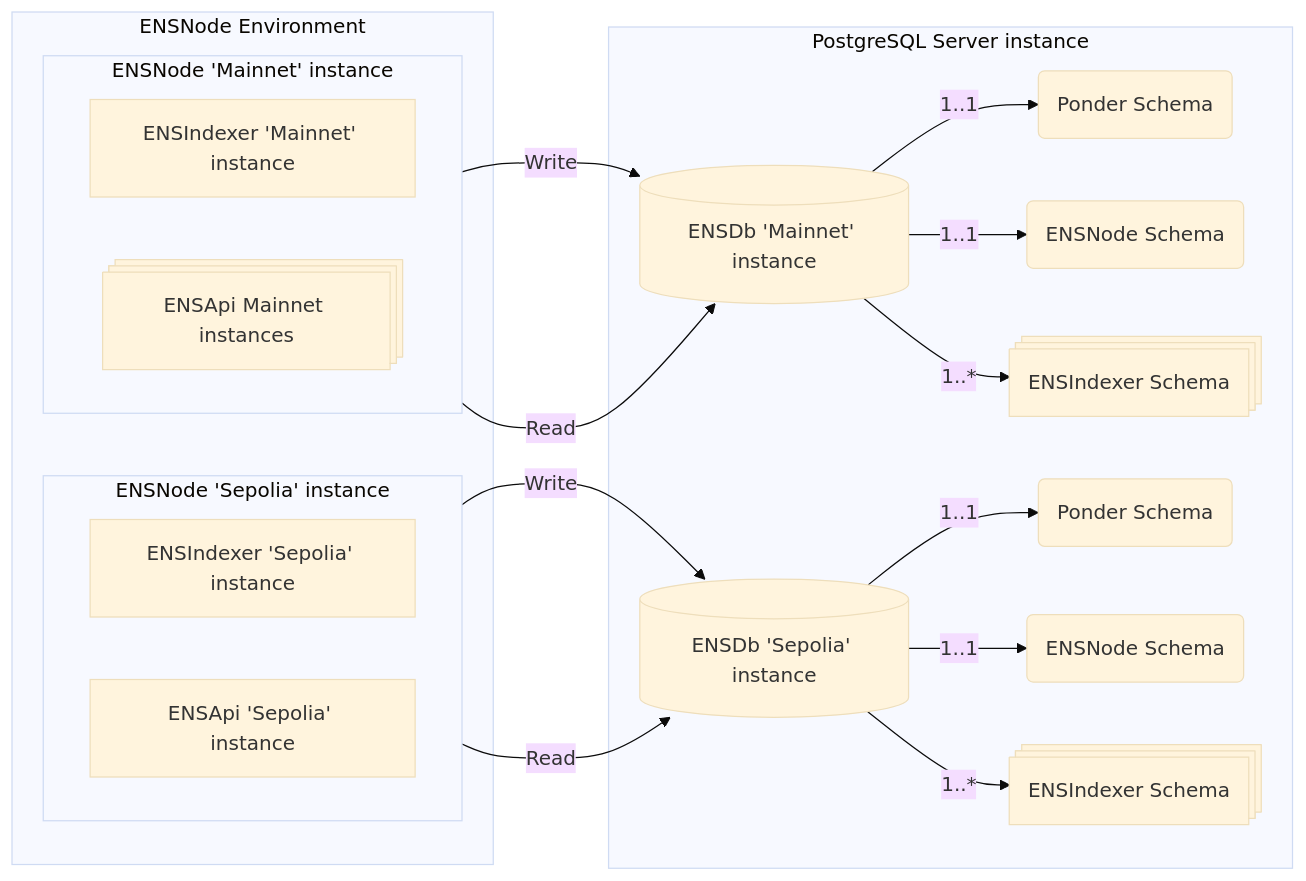
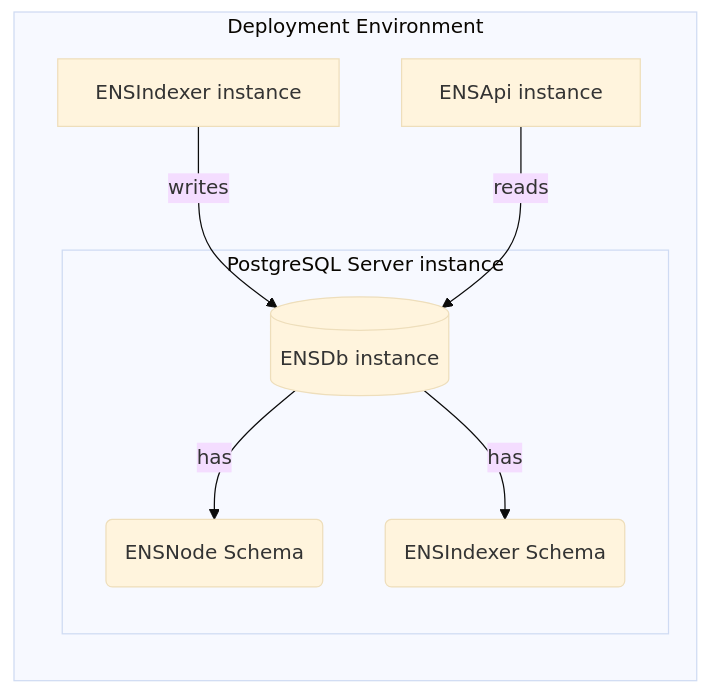
Before and after one commit to namehash/ensnode: the diagram in docs/ensnode.io/src/content/docs/ensdb/integrations/ensnode.mdx, drawn with Mermaid (base theme). The commit also changed other lines of this file and 11 other files, not shown here.

````diff
--- a/docs/ensnode.io/src/content/docs/ensdb/integrations/ensnode.mdx
+++ b/docs/ensnode.io/src/content/docs/ensdb/integrations/ensnode.mdx
@@ -15,43 +17,21 @@
 ```mermaid
 flowchart LR
-    subgraph ENSNode["ENSNode Environment"]
-        subgraph ENSNodeMainnet["ENSNode 'Mainnet' instance"]
-            direction LR
-            ENSIndexerMainnet[ENSIndexer 'Mainnet' instance]
-            ENSApiMainnet@{ shape: procs, label: "ENSApi Mainnet instances" }
-        end
+    subgraph DeploymentEnv["Deployment Environment"]
+        ENSIndexer[ENSIndexer instance]
+        ENSApi[ENSApi instance]
 
-        subgraph ENSNodeSepolia["ENSNode 'Sepolia' instance"]
-            direction LR
-            ENSIndexerSepolia[ENSIndexer 'Sepolia' instance]
-            ENSApiSepolia[ENSApi 'Sepolia' instance]
+        subgraph PostgreSQLServer["PostgreSQL Server instance"]
+            ENSDb[(ENSDb instance)]
+            NS(ENSNode Schema)
+            EIS(ENSIndexer Schema)
+
+            ENSDb -->|has| NS
+            ENSDb -->|has| EIS
         end
     end
-
-    subgraph PostgreSQLServer["PostgreSQL Server instance"]
-        ENSDbMainnet[(ENSDb 'Mainnet' instance)]
-        PSMainnet(Ponder Schema)
-        NSMainnet(ENSNode Schema)
-        EISMainnet@{ shape: procs, label: "ENSIndexer Schema" }
-
-        ENSDbMainnet -->|1..1| PSMainnet
-        ENSDbMainnet -->|1..1| NSMainnet
-        ENSDbMainnet -->|1..*| EISMainnet
+    
+    ENSIndexer -->|writes| ENSDb
+    ENSApi -->|reads| ENSDb
 
 
-        ENSDbSepolia[(ENSDb 'Sepolia' instance)]
-        PSSepolia(Ponder Schema)
-        NSSepolia(ENSNode Schema)
-        EISSepolia@{ shape: procs, label: "ENSIndexer Schema" }
-
-        ENSDbSepolia -->|1..1| PSSepolia
-        ENSDbSepolia -->|1..1| NSSepolia
-        ENSDbSepolia -->|1..*| EISSepolia
-    end
-    
-    ENSIndexerMainnet -->|Write| ENSDbMainnet
-    ENSIndexerSepolia -->|Write| ENSDbSepolia
-    ENSApiMainnet -->|Read| ENSDbMainnet
-    ENSApiSepolia -->|Read| ENSDbSepolia
-
 ```
````
